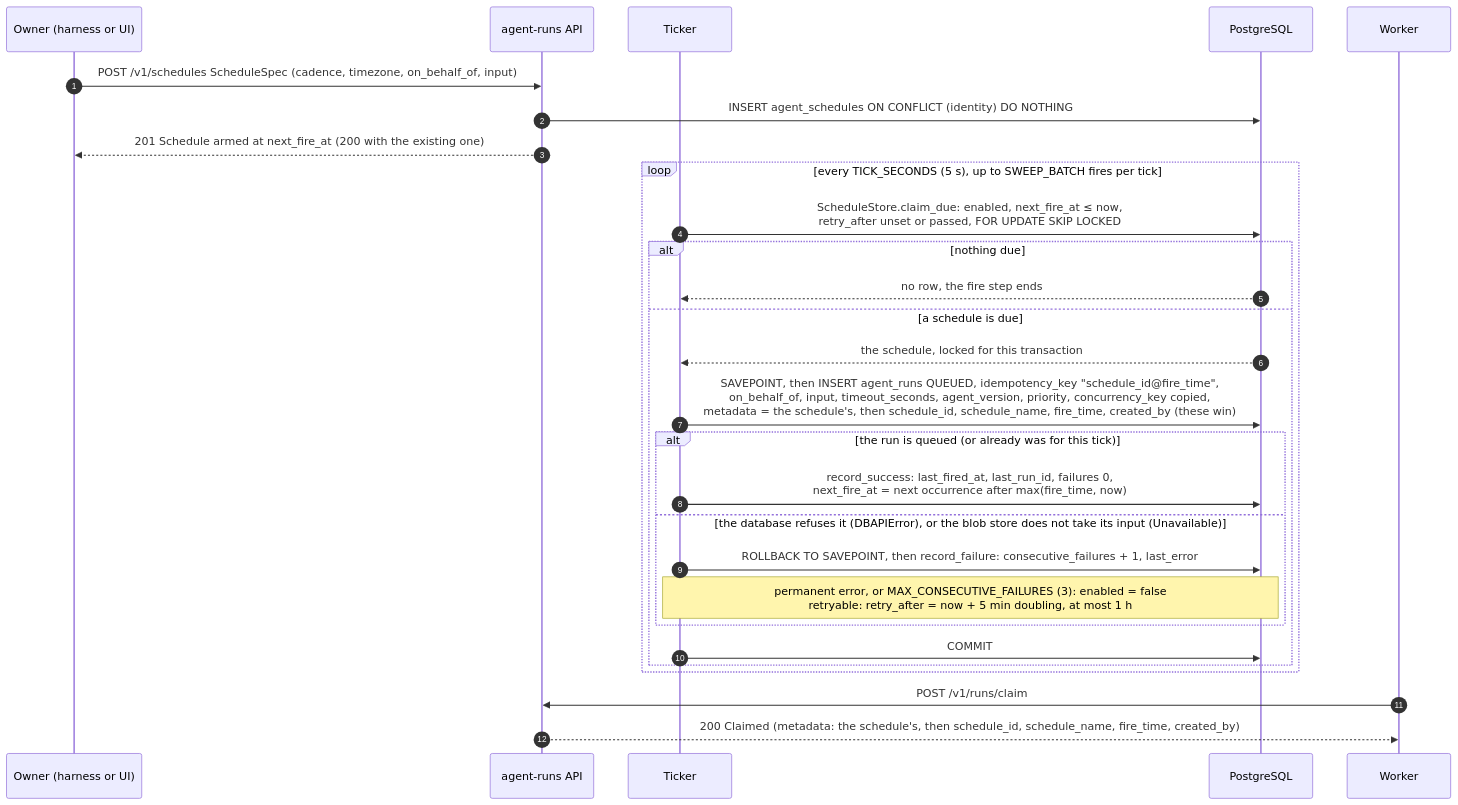
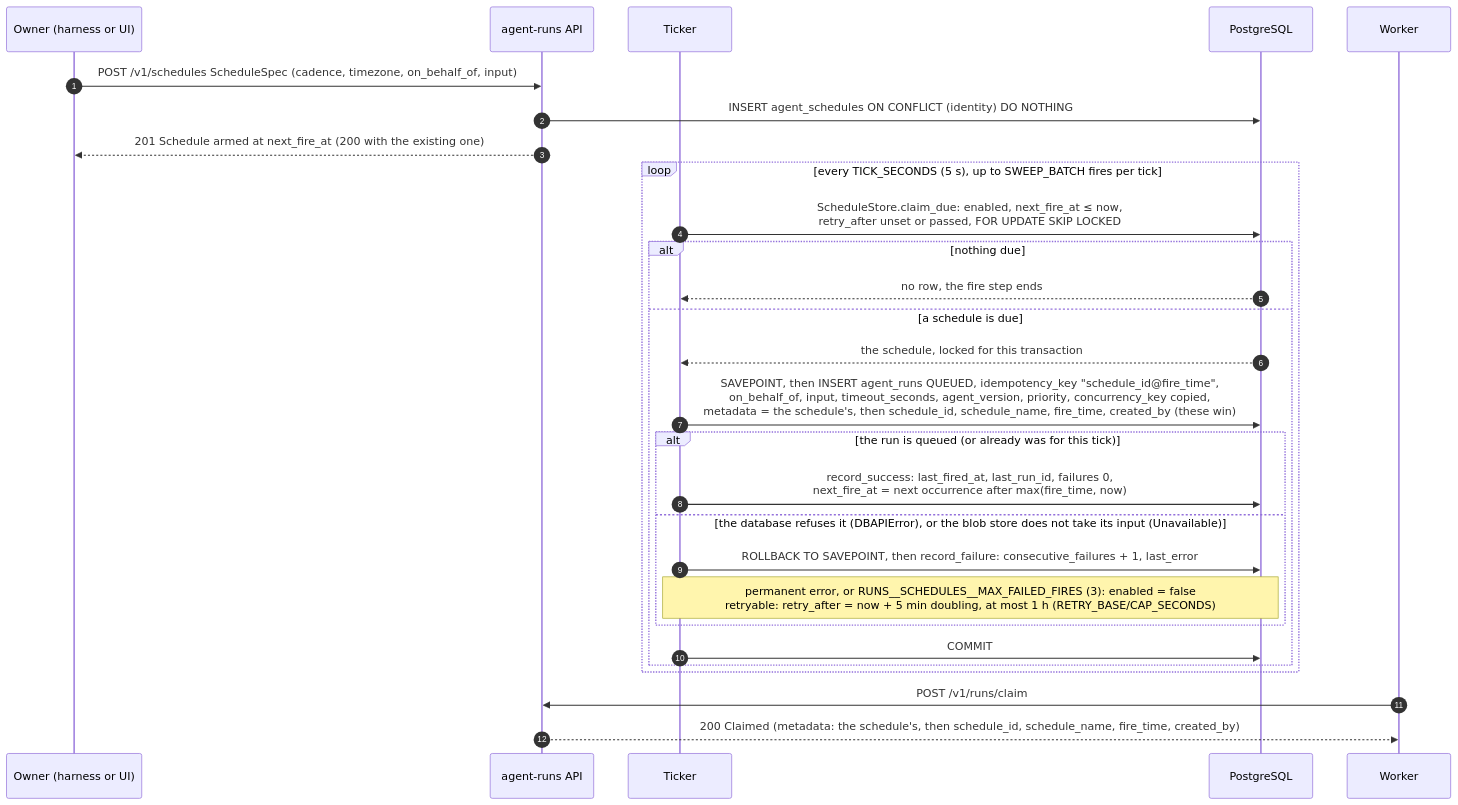
One commit to amitmohapatra/agent-runs changed the eighth of 11 diagrams in docs/ARCHITECTURE.md. Above: the diagram before and after it, drawn with Mermaid. The commit also changed other lines of this file and 26 other files, not shown here.

````diff
--- a/docs/ARCHITECTURE.md
+++ b/docs/ARCHITECTURE.md
@@ -468,33 +468,33 @@
 ```mermaid
 sequenceDiagram
   autonumber
   participant O as Owner (harness or UI)
   participant A as agent-runs API
   participant T as Ticker
   participant DB as PostgreSQL
   participant W as Worker
 
   O->>A: POST /v1/schedules ScheduleSpec (cadence, timezone, on_behalf_of, input)
   A->>DB: INSERT agent_schedules ON CONFLICT (identity) DO NOTHING
   A-->>O: 201 Schedule armed at next_fire_at (200 with the existing one)
 
   loop every TICK_SECONDS (5 s), up to SWEEP_BATCH fires per tick
     T->>DB: ScheduleStore.claim_due: enabled, next_fire_at ≤ now,<br/>retry_after unset or passed, FOR UPDATE SKIP LOCKED
     alt nothing due
       DB-->>T: no row, the fire step ends
     else a schedule is due
       DB-->>T: the schedule, locked for this transaction
       T->>DB: SAVEPOINT, then INSERT agent_runs QUEUED, idempotency_key "schedule_id@fire_time",<br/>on_behalf_of, input, timeout_seconds, agent_version, priority, concurrency_key copied,<br/>metadata = the schedule's, then schedule_id, schedule_name, fire_time, created_by (these win)
       alt the run is queued (or already was for this tick)
         T->>DB: record_success: last_fired_at, last_run_id, failures 0,<br/>next_fire_at = next occurrence after max(fire_time, now)
       else the database refuses it (DBAPIError), or the blob store does not take its input (Unavailable)
         T->>DB: ROLLBACK TO SAVEPOINT, then record_failure: consecutive_failures + 1, last_error
-        Note over T,DB: permanent error, or MAX_CONSECUTIVE_FAILURES (3): enabled = false<br/>retryable: retry_after = now + 5 min doubling, at most 1 h
+        Note over T,DB: permanent error, or RUNS__SCHEDULES__MAX_FAILED_FIRES (3): enabled = false<br/>retryable: retry_after = now + 5 min doubling, at most 1 h (RETRY_BASE/CAP_SECONDS)
       end
       T->>DB: COMMIT
     end
   end
 
   W->>A: POST /v1/runs/claim
   A-->>W: 200 Claimed (metadata: the schedule's, then schedule_id, schedule_name, fire_time, created_by)
 ```
````
